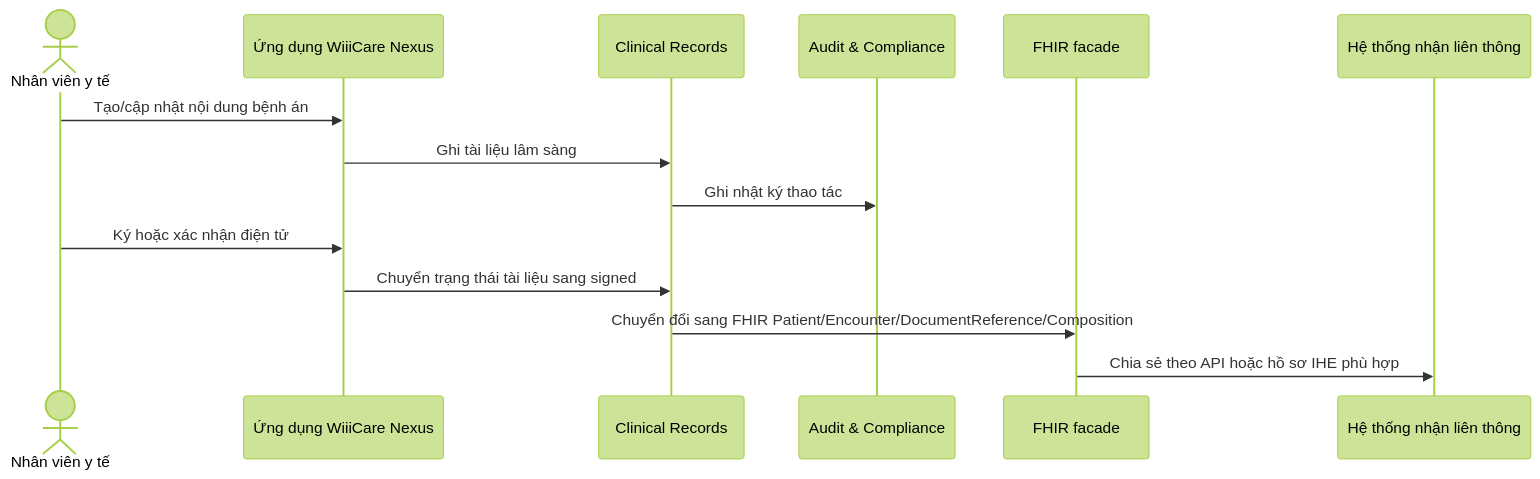
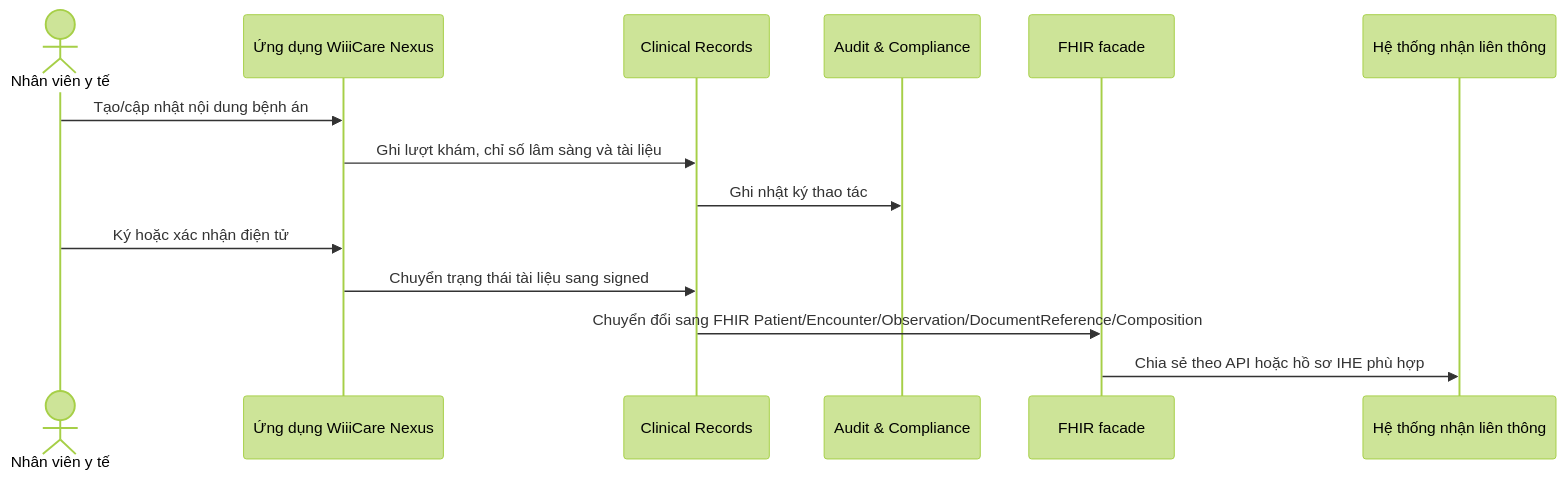
One commit to meiiie/benh_vien changed the second of 2 diagrams in docs/ARCHITECTURE.md. Above: the diagram before and after it, drawn with Mermaid (forest theme). The commit also changed other lines of this file and 31 other files, not shown here.

````diff
--- a/docs/ARCHITECTURE.md
+++ b/docs/ARCHITECTURE.md
@@ -59,17 +59,17 @@
 ```mermaid
 sequenceDiagram
   actor User as Nhân viên y tế
   participant App as Ứng dụng WiiiCare Nexus
   participant EMR as Clinical Records
   participant Audit as Audit & Compliance
   participant FHIR as FHIR facade
   participant Partner as Hệ thống nhận liên thông
 
   User->>App: Tạo/cập nhật nội dung bệnh án
-  App->>EMR: Ghi tài liệu lâm sàng
+  App->>EMR: Ghi lượt khám, chỉ số lâm sàng và tài liệu
   EMR->>Audit: Ghi nhật ký thao tác
   User->>App: Ký hoặc xác nhận điện tử
   App->>EMR: Chuyển trạng thái tài liệu sang signed
-  EMR->>FHIR: Chuyển đổi sang FHIR Patient/Encounter/DocumentReference/Composition
+  EMR->>FHIR: Chuyển đổi sang FHIR Patient/Encounter/Observation/DocumentReference/Composition
   FHIR->>Partner: Chia sẻ theo API hoặc hồ sơ IHE phù hợp
 ```
````
